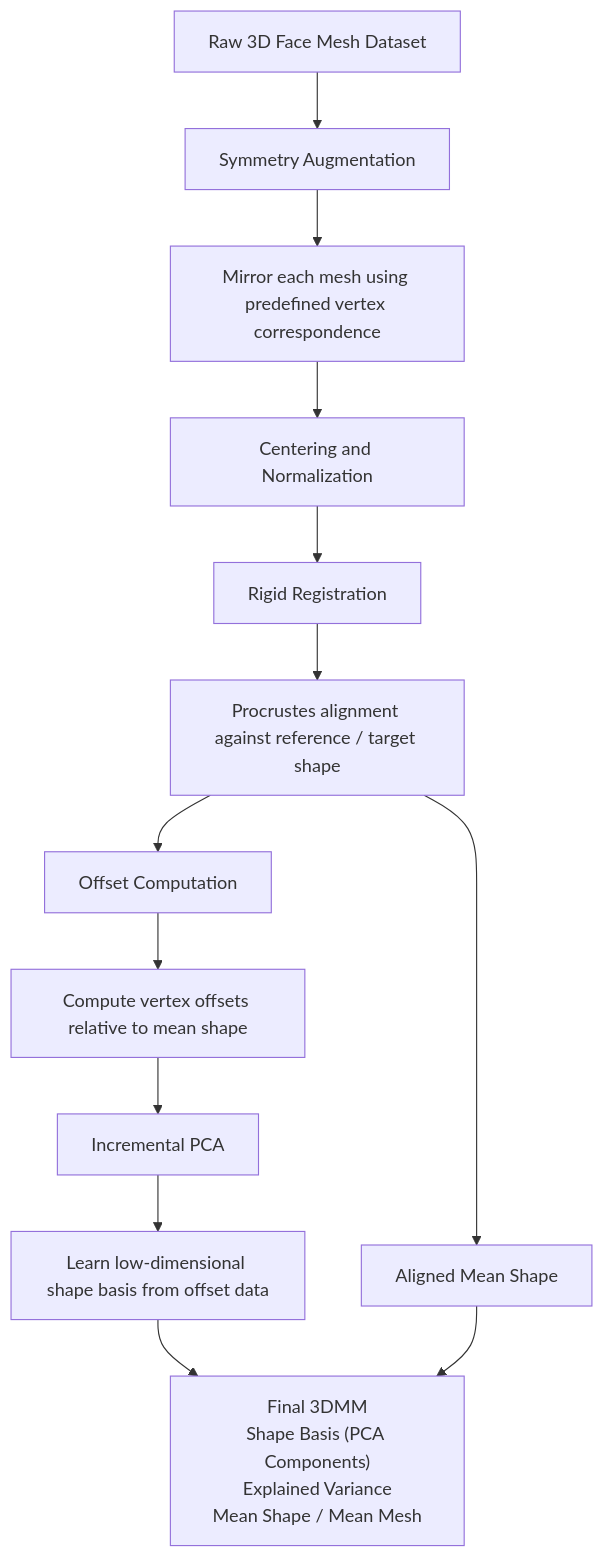
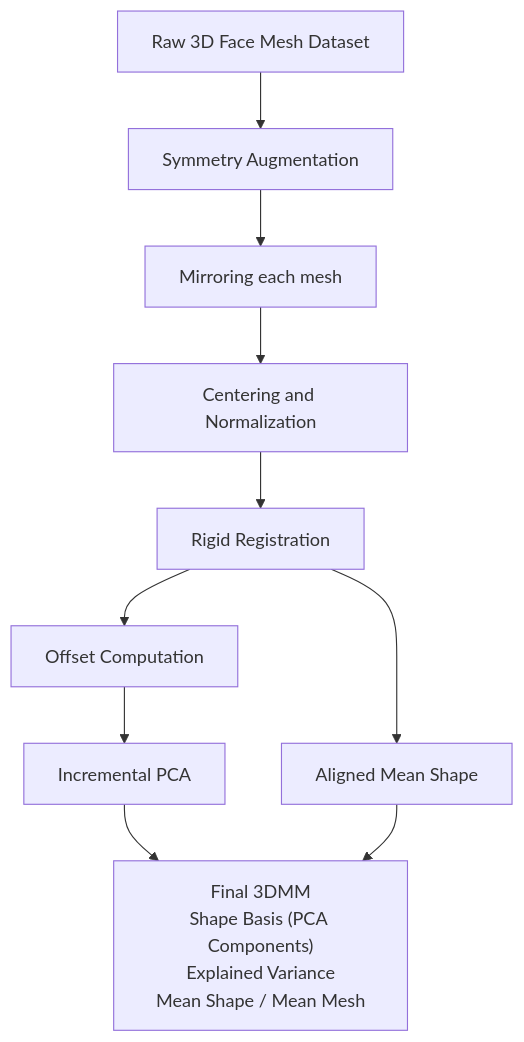
The diagram in README.md (maxim8908/3DMM-Pipeline), drawn with Mermaid before and after one commit.

````diff
--- a/README.md
+++ b/README.md
@@ -12,28 +12,22 @@
 ```mermaid
 flowchart TD
     A[Raw 3D Face Mesh Dataset]
     B[Symmetry Augmentation]
-    B1[Mirror each mesh using predefined vertex correspondence]
+    B1[Mirroring each mesh]
     C[Centering and Normalization]
     D[Rigid Registration]
-    D1[Procrustes alignment against reference / target shape]
     E[Offset Computation]
-    E1[Compute vertex offsets relative to mean shape]
     F[Aligned Mean Shape]
     G[Incremental PCA]
-    G1[Learn low-dimensional shape basis from offset data]
     H["Final 3DMM<br/>Shape Basis (PCA Components)<br/>Explained Variance<br/>Mean Shape / Mean Mesh"]
 
     A --> B
     B --> B1
     B1 --> C
     C --> D
-    D --> D1
-    D1 --> E
-    D1 --> F
-    E --> E1
-    E1 --> G
-    G --> G1
-    G1 --> H
+    D --> E
+    D --> F
+    E --> G
+    G --> H
     F --> H
 ```
````
